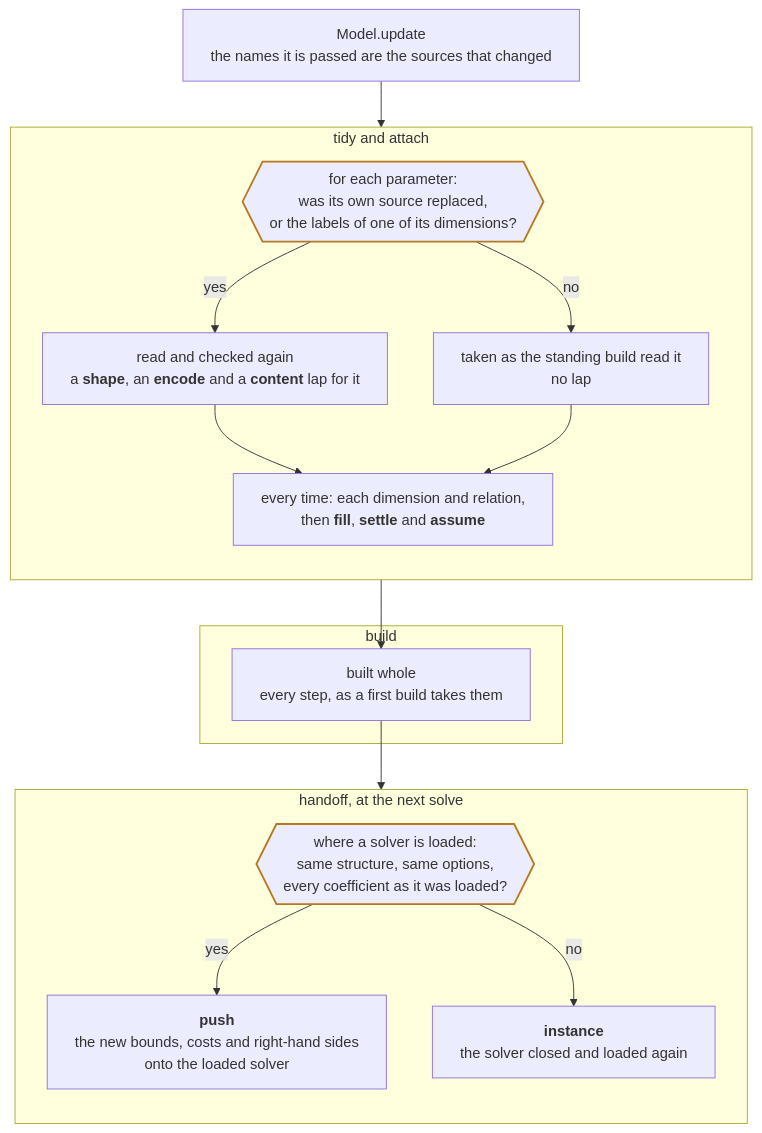
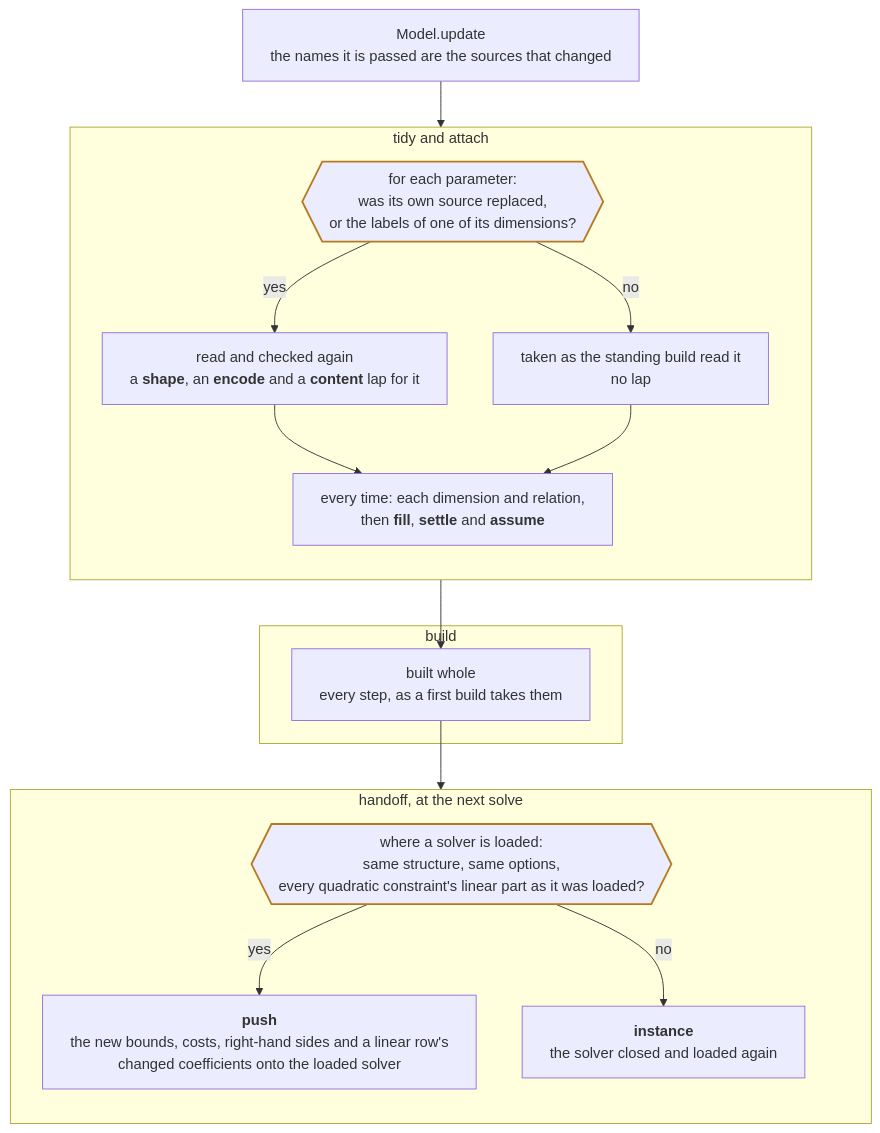
The third of 3 diagrams in docs/development/architecture.md (fluxopt/specsolve), drawn with Mermaid before and after one commit.

Commit message:
docs(development): the update diagram's last fork pushes a linear row's coefficients
Claude-Session: https://claude.ai/code/session_018B3nA1k7HKnX4uHF6YjqCg

````diff
--- a/docs/development/architecture.md
+++ b/docs/development/architecture.md
@@ -243,38 +243,38 @@
 ```mermaid
 %%{init: {"flowchart": {"wrappingWidth": 460}}}%%
 flowchart TB
     accTitle: An update, fork by fork
     accDescr: An update passes through tidy and attach, build, and handoff. At each it asks one question, and one branch keeps what the standing build or the loaded solver already holds.
     UPDATE["Model.update<br/>the names it is passed are the sources that changed"]
 
     subgraph READS["tidy and attach"]
         direction TB
         TOUCHED{{"for each parameter:<br/>was its own source replaced,<br/>or the labels of one of its dimensions?"}}
         AGAIN["read and checked again<br/>a <b>shape</b>, an <b>encode</b> and a <b>content</b> lap for it"]
         KEPT["taken as the standing build read it<br/>no lap"]
         EVERY["every time: each dimension and relation,<br/>then <b>fill</b>, <b>settle</b> and <b>assume</b>"]
         TOUCHED -->|yes| AGAIN
         TOUCHED -->|no| KEPT
         AGAIN --> EVERY
         KEPT --> EVERY
     end
     UPDATE --> TOUCHED
 
     subgraph BUILDS["build"]
         WHOLE["built whole<br/>every step, as a first build takes them"]
     end
     EVERY --> WHOLE
 
     subgraph HANDS["handoff, at the next solve"]
         direction TB
-        SAME{{"where a solver is loaded:<br/>same structure, same options,<br/>every coefficient as it was loaded?"}}
-        PUSHED["<b>push</b><br/>the new bounds, costs and right-hand sides<br/>onto the loaded solver"]
+        SAME{{"where a solver is loaded:<br/>same structure, same options,<br/>every quadratic constraint's linear part as it was loaded?"}}
+        PUSHED["<b>push</b><br/>the new bounds, costs, right-hand sides and a linear row's<br/>changed coefficients onto the loaded solver"]
         LOADED["<b>instance</b><br/>the solver closed and loaded again"]
         SAME -->|yes| PUSHED
         SAME -->|no| LOADED
     end
     WHOLE --> SAME
 
     classDef fork stroke:#b7791f,stroke-width:2px
     class TOUCHED,SAME fork
 ```
````
